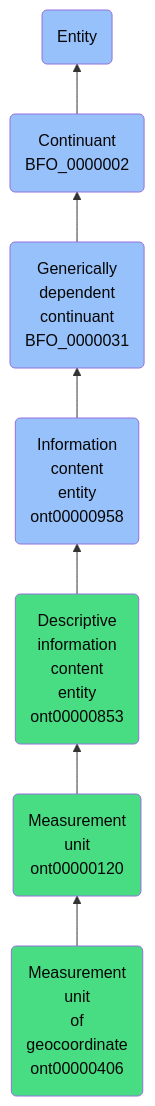
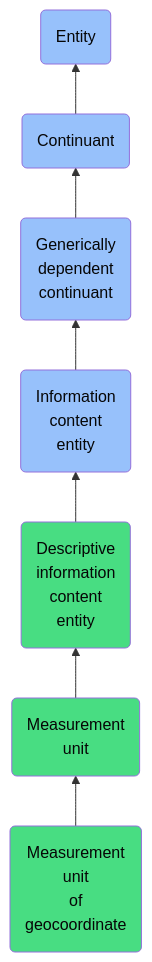
One commit to jupyter-naas/abi changed the diagram in docs/ontology/reference/model/Entity/Continuant/Generically dependent continuant/Information content entity/Descriptive information content entity/Measurement unit/Measurement unit of geocoordinate/Measurement unit of geocoordinate.md. Above: the diagram before and after it, drawn with Mermaid. The commit also changed other lines of this file and 1430 other files, not shown here.

````diff
--- a/docs/ontology/reference/model/Entity/Continuant/Generically dependent continuant/Information content entity/Descriptive information content entity/Measurement unit/Measurement unit of geocoordinate/Measurement unit of geocoordinate.md
+++ b/docs/ontology/reference/model/Entity/Continuant/Generically dependent continuant/Information content entity/Descriptive information content entity/Measurement unit/Measurement unit of geocoordinate/Measurement unit of geocoordinate.md
@@ -24,14 +24,14 @@
 ```mermaid
 graph BT
-    ont00000406(Measurement<br>unit<br>of<br>geocoordinate<br>ont00000406):::ABI-->ont00000120
-    ont00000120(Measurement<br>unit<br>ont00000120):::ABI-->ont00000853
-    ont00000853(Descriptive<br>information<br>content<br>entity<br>ont00000853):::ABI-->ont00000958
-    ont00000958(Information<br>content<br>entity<br>ont00000958):::BFO-->BFO_0000031
-    BFO_0000031(Generically<br>dependent<br>continuant<br>BFO_0000031):::BFO-->BFO_0000002
-    BFO_0000002(Continuant<br>BFO_0000002):::BFO-->BFO_0000001
+    ont00000406(Measurement<br>unit<br>of<br>geocoordinate):::ABI-->ont00000120
+    ont00000120(Measurement<br>unit):::ABI-->ont00000853
+    ont00000853(Descriptive<br>information<br>content<br>entity):::ABI-->ont00000958
+    ont00000958(Information<br>content<br>entity):::BFO-->BFO_0000031
+    BFO_0000031(Generically<br>dependent<br>continuant):::BFO-->BFO_0000002
+    BFO_0000002(Continuant):::BFO-->BFO_0000001
     BFO_0000001(Entity):::BFO
     
     classDef BFO fill:#97c1fb,color:#060606
     classDef CCO fill:#e4c51e,color:#060606
     classDef ABI fill:#48DD82,color:#060606
 ```
````
